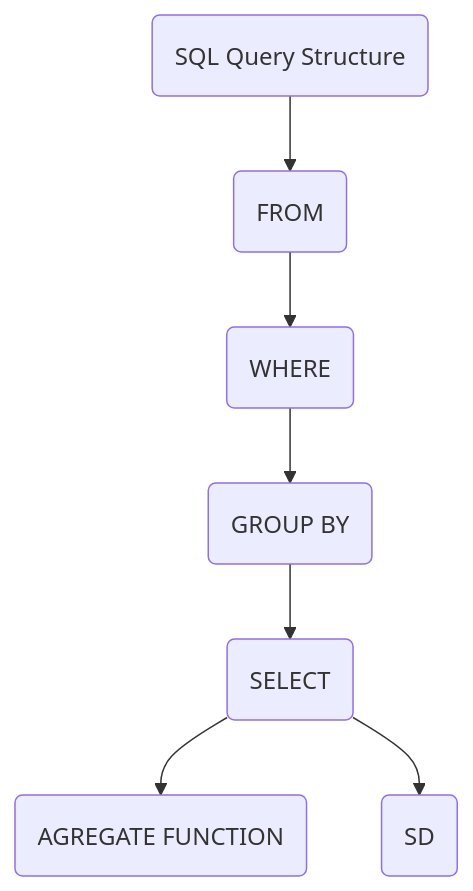
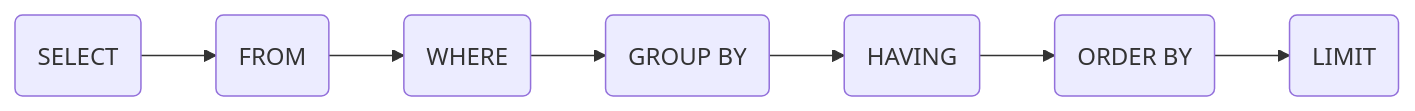
The second of 3 diagrams in README.md (GarciaEijo/data-science), drawn with Mermaid before and after one commit. The commit also changed other lines of this file, not shown here.

````diff
--- a/README.md
+++ b/README.md
@@ -32,10 +25,10 @@
 ```mermaid
-flowchart TD
+flowchart LR
     %%{init: {'theme':'dark'}}}%%
-    A(SQL Query Structure) --> B(FROM)
+    A(SELECT) --> B(FROM)
     B --> C(WHERE)
     C --> D(GROUP BY)
-    D --> E(SELECT)
-    E --> EE(AGREGATE FUNCTION)
-    E --> F(SD)
+    D --> E(HAVING)
+    E --> F(ORDER BY)
+    F --> G(LIMIT)
 ```
````
